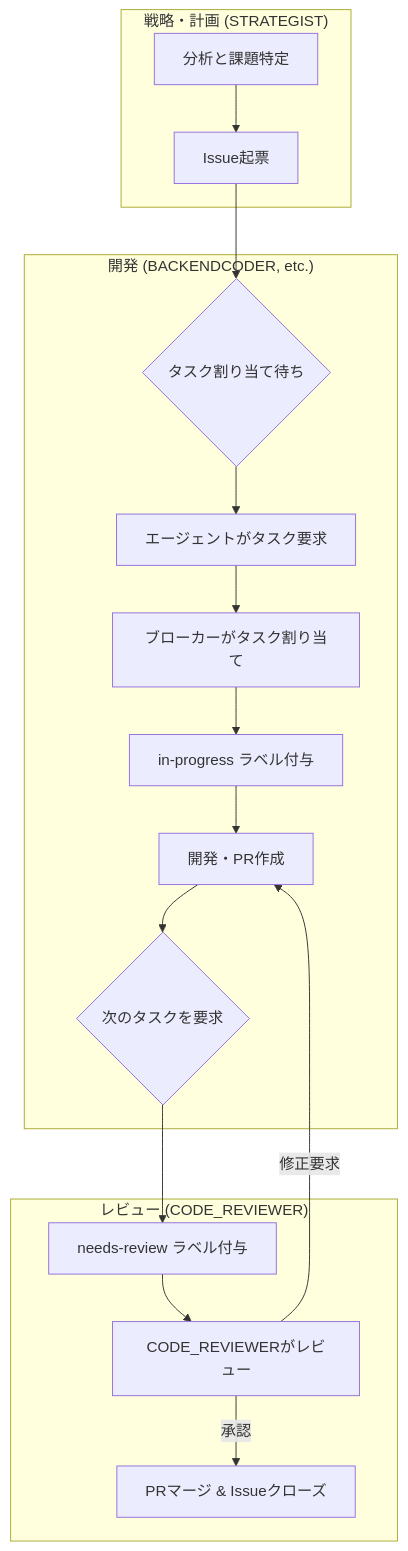
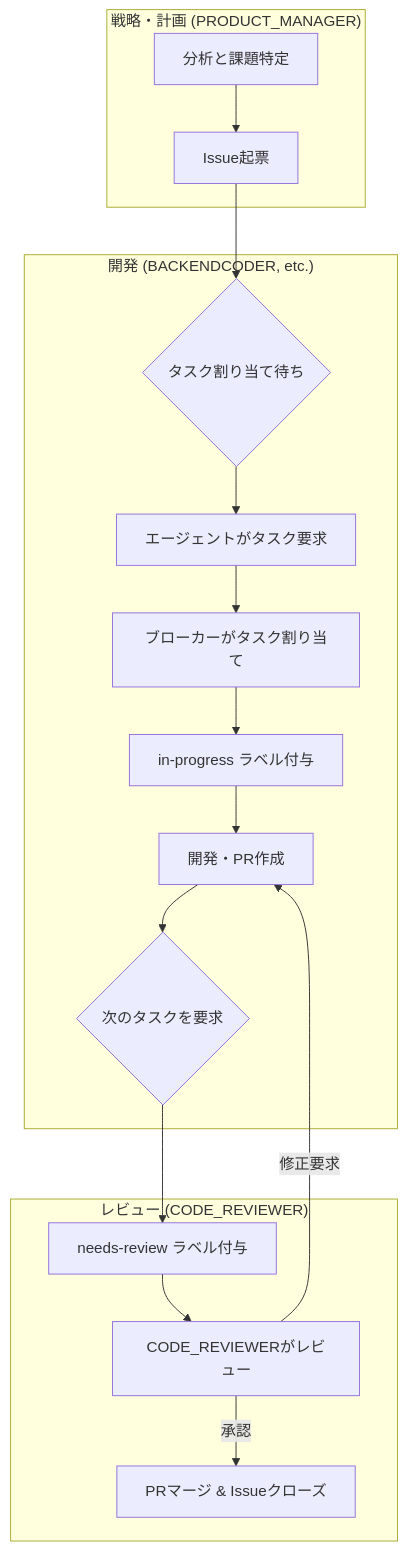
Before and after one commit to masa-codehub/github_broker: the diagram in docs/guides/development-workflow.md, drawn with Mermaid. The commit also changed other lines of this file and 70 other files, not shown here.

````diff
--- a/docs/guides/development-workflow.md
+++ b/docs/guides/development-workflow.md
@@ -9,23 +9,23 @@
 ```mermaid
 graph TD
-    subgraph "戦略・計画 (STRATEGIST)"
+    subgraph "戦略・計画 (PRODUCT_MANAGER)"
         A[分析と課題特定] --> B[Issue起票];
     end
 
     subgraph "開発 (BACKENDCODER, etc.)"
         C{タスク割り当て待ち} --> D[エージェントがタスク要求];
         D --> E[ブローカーがタスク割り当て];
         E --> F[in-progress ラベル付与];
         F --> G[開発・PR作成];
         G --> H{次のタスクを要求};
     end
 
     subgraph "レビュー (CODE_REVIEWER)"
         I[needs-review ラベル付与] --> J[CODE_REVIEWERがレビュー];
         J -- 承認 --> K[PRマージ & Issueクローズ];
         J -- 修正要求 --> G;
     end
 
     B --> C;
     H --> I;
 ```
````
